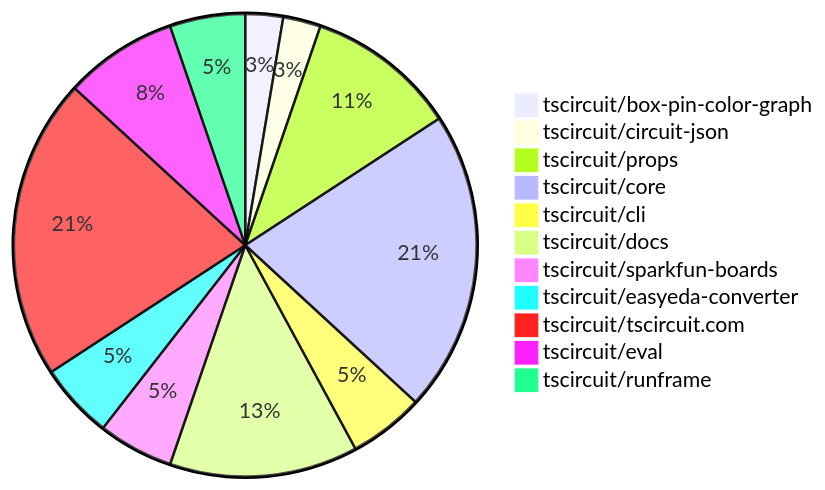
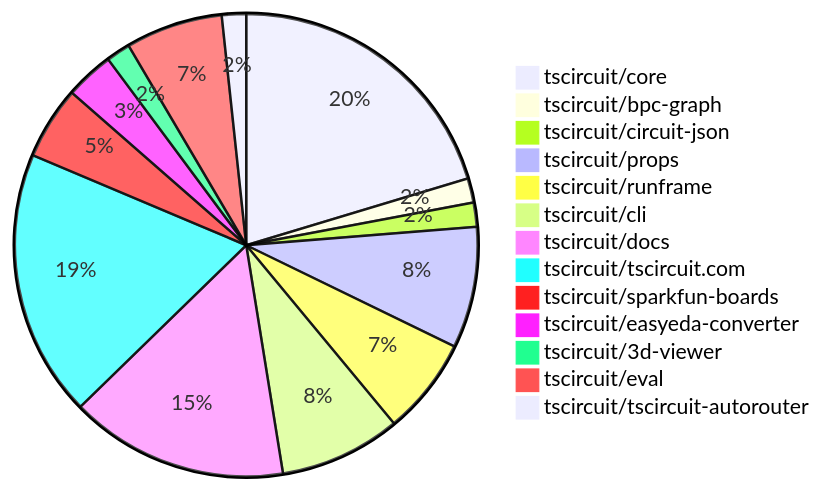
The diagram in README.md (tscircuit/contribution-tracker), drawn with Mermaid before and after one commit. The commit also changed other lines of this file and 3 other files, not shown here.

````diff
--- a/README.md
+++ b/README.md
@@ -24,14 +24,16 @@
 ```mermaid
 pie
-    "tscircuit/box-pin-color-graph" : 1
+    "tscircuit/core" : 12
+    "tscircuit/bpc-graph" : 1
     "tscircuit/circuit-json" : 1
-    "tscircuit/props" : 4
-    "tscircuit/core" : 8
-    "tscircuit/cli" : 2
-    "tscircuit/docs" : 5
-    "tscircuit/sparkfun-boards" : 2
+    "tscircuit/props" : 5
+    "tscircuit/runframe" : 4
+    "tscircuit/cli" : 5
+    "tscircuit/docs" : 9
+    "tscircuit/tscircuit.com" : 11
+    "tscircuit/sparkfun-boards" : 3
     "tscircuit/easyeda-converter" : 2
-    "tscircuit/tscircuit.com" : 8
-    "tscircuit/eval" : 3
-    "tscircuit/runframe" : 2
+    "tscircuit/3d-viewer" : 1
+    "tscircuit/eval" : 4
+    "tscircuit/tscircuit-autorouter" : 1
 ```
````
